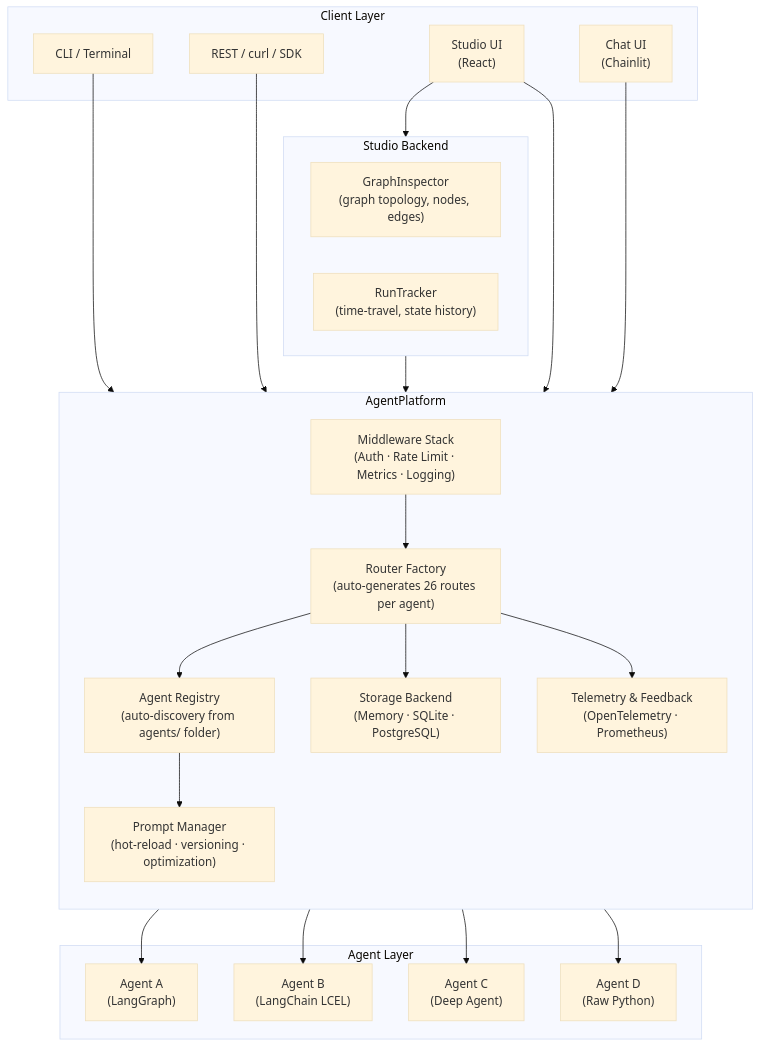
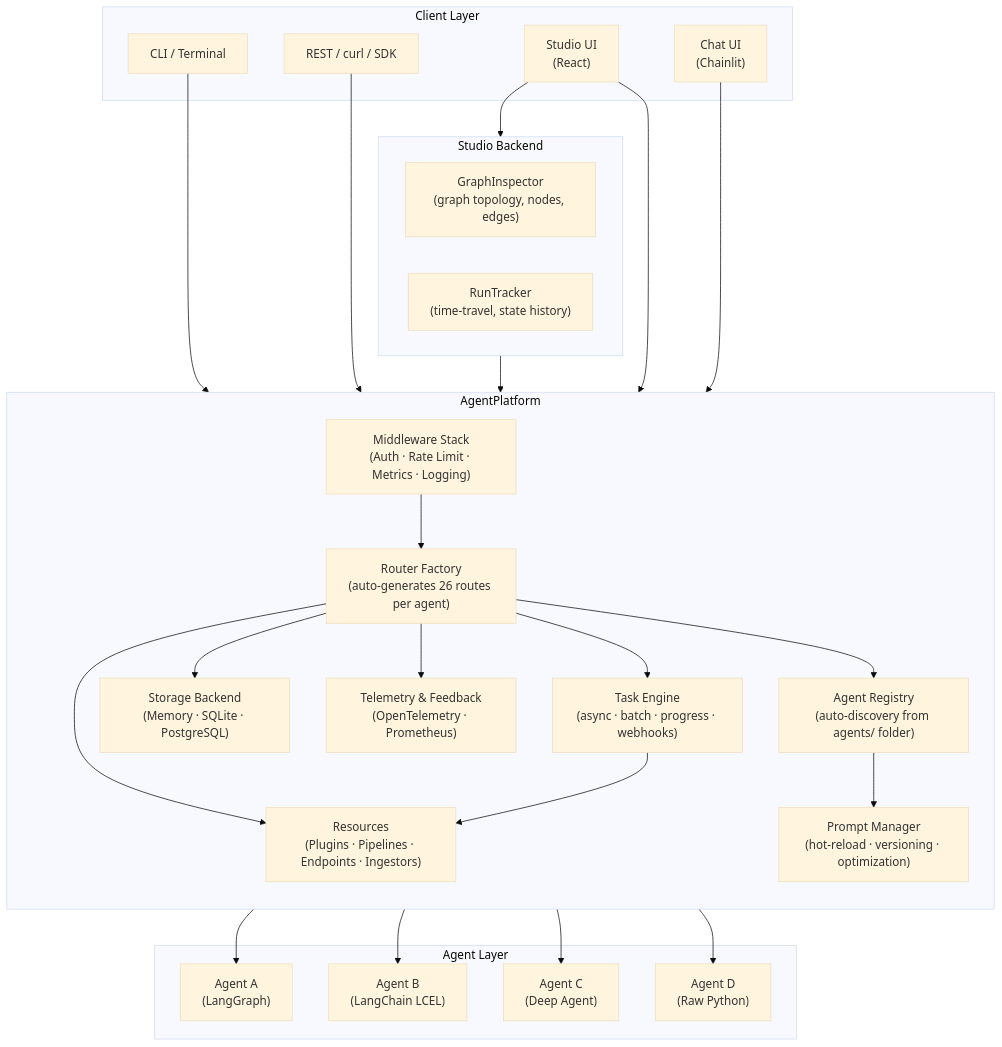
The diagram in docs/index.md (UnicoLab/agentomatic), drawn with Mermaid (base theme) before and after one commit. The commit also changed other lines of this file and 59 other files, not shown here.

````diff
--- a/docs/index.md
+++ b/docs/index.md
@@ -204,47 +236,52 @@
 ```mermaid
 graph TB
     subgraph Clients["Client Layer"]
         CLI["CLI / Terminal"]
         REST["REST / curl / SDK"]
         STUDIO["Studio UI<br/>(React)"]
         CHAT["Chat UI<br/>(Chainlit)"]
     end
 
     subgraph Platform["AgentPlatform"]
         direction TB
         MW["Middleware Stack<br/>(Auth · Rate Limit · Metrics · Logging)"]
         RF["Router Factory<br/>(auto-generates 26 routes per agent)"]
         REG["Agent Registry<br/>(auto-discovery from agents/ folder)"]
         PM["Prompt Manager<br/>(hot-reload · versioning · optimization)"]
         STORE["Storage Backend<br/>(Memory · SQLite · PostgreSQL)"]
         TEL["Telemetry & Feedback<br/>(OpenTelemetry · Prometheus)"]
+        TASK["Task Engine<br/>(async · batch · progress · webhooks)"]
+        RES["Resources<br/>(Plugins · Pipelines · Endpoints · Ingestors)"]
     end
 
     subgraph Agents["Agent Layer"]
         A1["Agent A<br/>(LangGraph)"]
         A2["Agent B<br/>(LangChain LCEL)"]
         A3["Agent C<br/>(Deep Agent)"]
         A4["Agent D<br/>(Raw Python)"]
     end
 
     subgraph StudioBackend["Studio Backend"]
         GI["GraphInspector<br/>(graph topology, nodes, edges)"]
         RT["RunTracker<br/>(time-travel, state history)"]
     end
 
     CLI --> MW
     REST --> MW
     STUDIO --> MW
     CHAT --> MW
     MW --> RF
     RF --> REG
     REG --> A1
     REG --> A2
     REG --> A3
     REG --> A4
     RF --> STORE
     RF --> TEL
+    RF --> TASK
+    RF --> RES
+    TASK --> RES
     REG --> PM
     STUDIO --> StudioBackend
     StudioBackend --> REG
 ```
````
